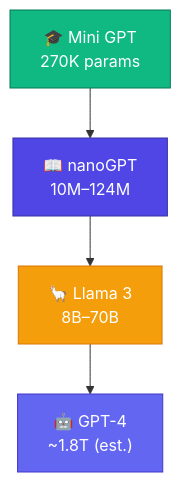
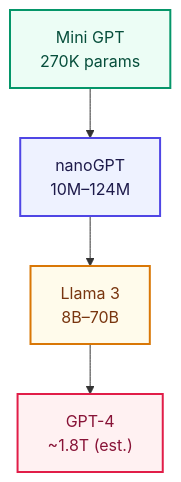
One commit to bhNibir/build-own-llm changed the first of 3 diagrams in content/docs/part-10-bridge/02-whats-next.mdx. Above: the diagram before and after it, drawn with Mermaid. The commit also changed other lines of this file and 77 other files, not shown here.

````diff
--- a/content/docs/part-10-bridge/02-whats-next.mdx
+++ b/content/docs/part-10-bridge/02-whats-next.mdx
@@ -16,10 +16,10 @@
 ```mermaid
 flowchart TD
-    A["🎓 Mini GPT<br/>270K params"]:::mini --> B["📖 nanoGPT<br/>10M–124M"]:::nano
-    B --> C["🦙 Llama 3<br/>8B–70B"]:::llama
-    C --> D["🤖 GPT-4<br/>~1.8T (est.)"]:::gpt4
-    classDef mini fill:#10B981,color:#fff,stroke:#047857
-    classDef nano fill:#4F46E5,color:#fff,stroke:#3730A3
-    classDef llama fill:#F59E0B,color:#fff,stroke:#D97706
-    classDef gpt4 fill:#6366F1,color:#fff,stroke:#4338CA
+    A["Mini GPT<br/>270K params"]:::process --> B["nanoGPT<br/>10M–124M"]:::next
+    B --> C["Llama 3<br/>8B–70B"]:::output
+    C --> D["GPT-4<br/>~1.8T (est.)"]:::highlight
+    classDef process fill:#ECFDF5,color:#064E3B,stroke:#059669,stroke-width:2px
+    classDef next fill:#EEF2FF,color:#1E1B4B,stroke:#4F46E5,stroke-width:2px
+    classDef output fill:#FFFBEB,color:#78350F,stroke:#D97706,stroke-width:2px
+    classDef highlight fill:#FFF1F2,color:#881337,stroke:#E11D48,stroke-width:2px
 ```
````
